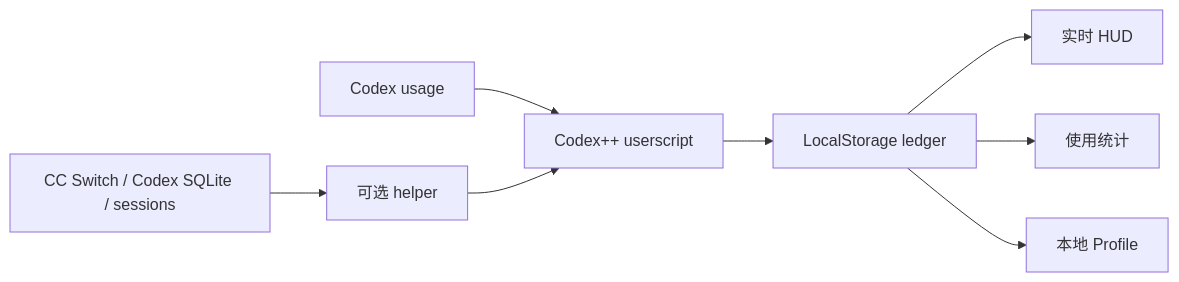
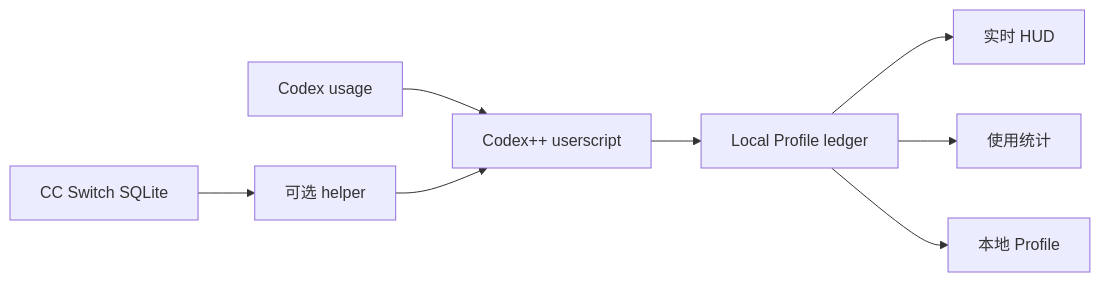
Before and after one commit to Tianzora/codex-token-cost: the diagram in README.md, drawn with Mermaid. The commit also changed other lines of this file and 4 other files, not shown here.

First line of the commit message:
Prepare v0.7.6 with Profile ledger persistence

````diff
--- a/README.md
+++ b/README.md
@@ -65,10 +65,10 @@
 ```mermaid
 flowchart LR
   A[Codex usage] --> B[Codex++ userscript]
-  B --> C[LocalStorage ledger]
+  B --> C[Local Profile ledger]
   C --> D[实时 HUD]
   C --> E[使用统计]
   C --> F[本地 Profile]
-  G[CC Switch / Codex SQLite / sessions] --> H[可选 helper]
+  G[CC Switch SQLite] --> H[可选 helper]
   H --> B
 ```
````
